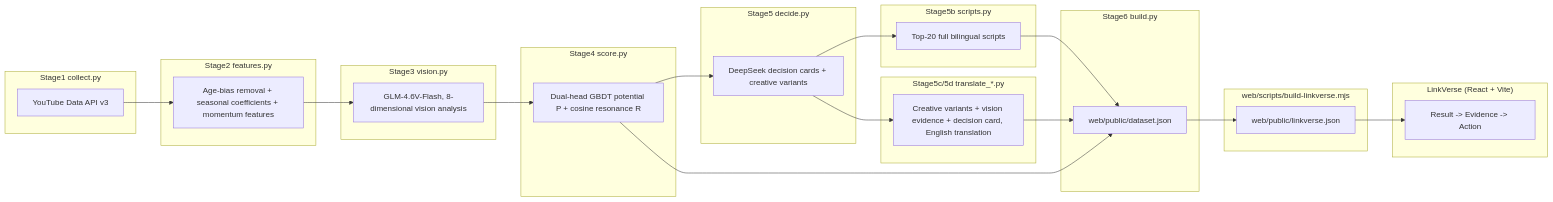
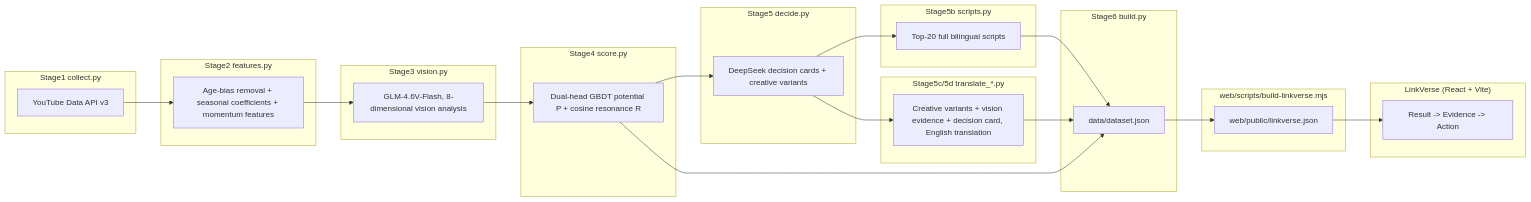
Before and after one commit to ChenYvhang/linkverse: the diagram in README.md, drawn with Mermaid. The commit also changed other lines of this file and 30 other files, not shown here.

````diff
--- a/README.md
+++ b/README.md
@@ -57,38 +57,38 @@
 ```mermaid
 flowchart LR
     subgraph Stage1["Stage1 collect.py"]
         A[YouTube Data API v3]
     end
     subgraph Stage2["Stage2 features.py"]
         B[Age-bias removal + seasonal coefficients + momentum features]
     end
     subgraph Stage3["Stage3 vision.py"]
         C[GLM-4.6V-Flash, 8-dimensional vision analysis]
     end
     subgraph Stage4["Stage4 score.py"]
         D[Dual-head GBDT potential P + cosine resonance R]
     end
     subgraph Stage5["Stage5 decide.py"]
         E[DeepSeek decision cards + creative variants]
     end
     subgraph Stage5b["Stage5b scripts.py"]
         F[Top-20 full bilingual scripts]
     end
     subgraph Stage5cd["Stage5c/5d translate_*.py"]
         G[Creative variants + vision evidence + decision card, English translation]
     end
     subgraph Stage6["Stage6 build.py"]
-        H[web/public/dataset.json]
+        H[data/dataset.json]
     end
     subgraph Trim["web/scripts/build-linkverse.mjs"]
         I[web/public/linkverse.json]
     end
     subgraph Web["LinkVerse (React + Vite)"]
         J[Result -> Evidence -> Action]
     end
 
     A --> B --> C --> D --> E --> F --> H
     E --> G --> H
     D --> H
     H --> I --> J
 ```
````
